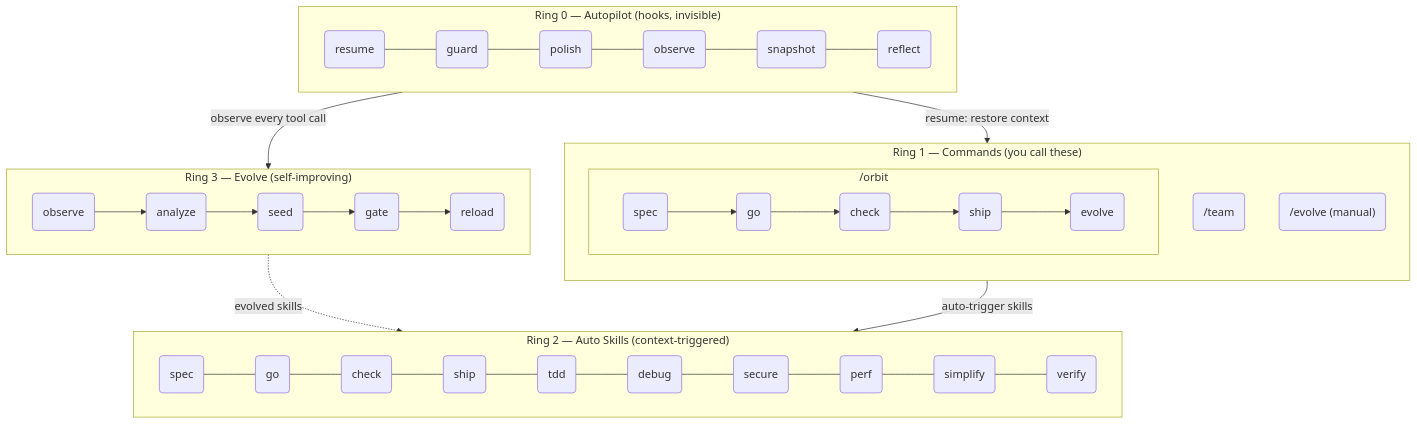
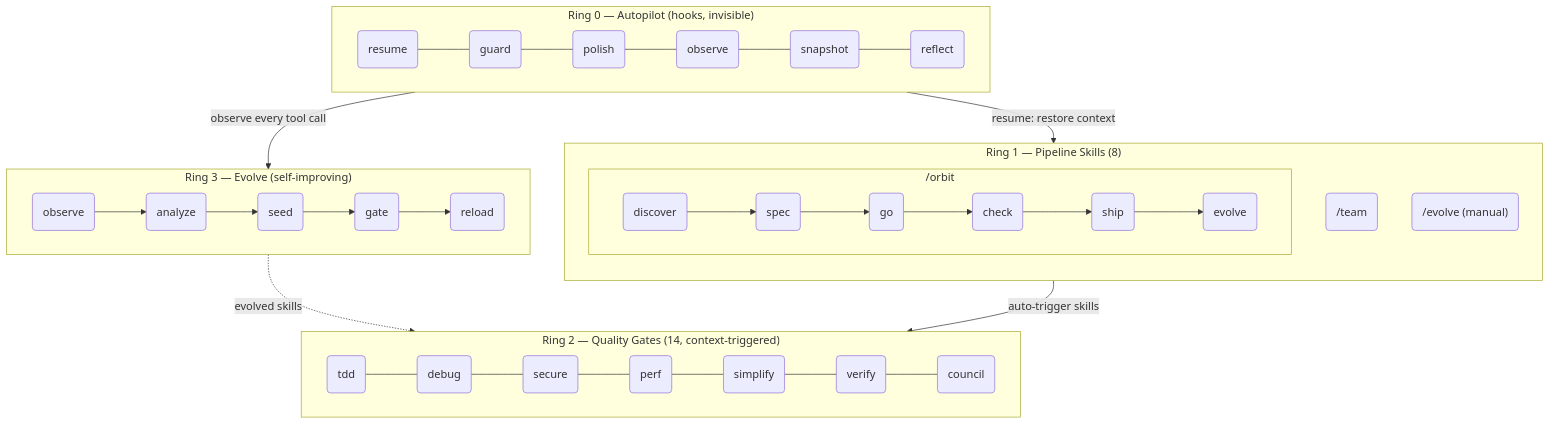
One commit to epicsagas/epic-harness changed the second of 2 diagrams in i18n/ja/README.md. Above: the diagram before and after it, drawn with Mermaid. The commit also changed other lines of this file and 24 other files, not shown here.

First line of the commit message:
refactor: unify commands into skills (v0.4.4)

````diff
--- a/i18n/ja/README.md
+++ b/i18n/ja/README.md
@@ -422,32 +416,32 @@
 ```mermaid
 flowchart TB
     subgraph R0["Ring 0 — Autopilot (hooks, invisible)"]
         direction LR
         h1(resume) --- h2(guard) --- h3(polish) --- h4(observe) --- h5(snapshot) --- h6(reflect)
     end
 
-    subgraph R1["Ring 1 — Commands (you call these)"]
+    subgraph R1["Ring 1 — Pipeline Skills (8)"]
         direction TB
         subgraph orbit_wrap["  /orbit  "]
             direction LR
-            c1(spec) --> c2(go) --> c3(check) --> c4(ship) --> c5(evolve)
+            c1(discover) --> c2(spec) --> c3(go) --> c4(check) --> c5(ship) --> c6(evolve)
         end
-        c6("/team")
-        c7("/evolve (manual)")
+        c7("/team")
+        c8("/evolve (manual)")
     end
 
-    subgraph R2["Ring 2 — Auto Skills (context-triggered)"]
+    subgraph R2["Ring 2 — Quality Gates (14, context-triggered)"]
         direction LR
-        s1(spec) --- s2(go) --- s3(check) --- s4(ship) --- s5(tdd) --- s6(debug) --- s7(secure) --- s8(perf) --- s9(simplify) --- s10(verify)
+        s1(tdd) --- s2(debug) --- s3(secure) --- s4(perf) --- s5(simplify) --- s6(verify) --- s7(council)
     end
 
     subgraph R3["Ring 3 — Evolve (self-improving)"]
         direction LR
         e1(observe) --> e2(analyze) --> e3(seed) --> e4(gate) --> e5(reload)
     end
 
     R0 -->|"observe every tool call"| R3
     R3 -.->|"evolved skills"| R2
     R1 -->|"auto-trigger skills"| R2
     R0 -->|"resume: restore context"| R1
 ```
````
